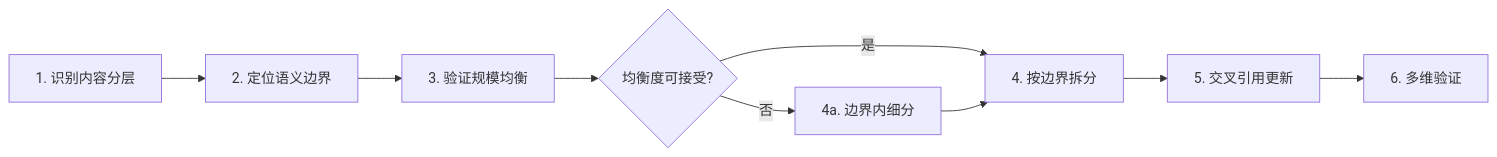
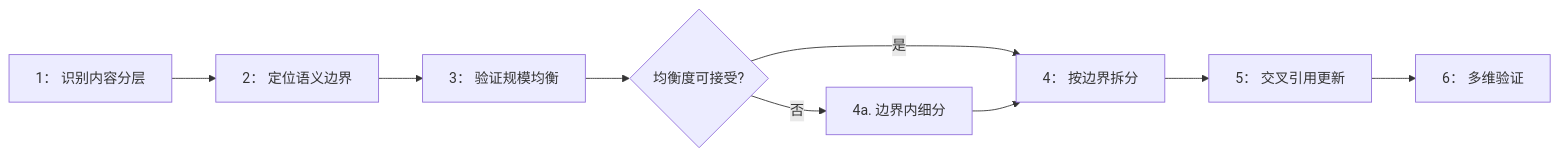
The diagram in docs/retrospective/reports/project-governance/retrospective-insights-reorg-20260626/insight-extraction.md (xinetzone/SpecWeave), drawn with Mermaid before and after one commit. The commit also changed 79 other files, not shown here.

````diff
--- a/docs/retrospective/reports/project-governance/retrospective-insights-reorg-20260626/insight-extraction.md
+++ b/docs/retrospective/reports/project-governance/retrospective-insights-reorg-20260626/insight-extraction.md
@@ -229,11 +229,11 @@
 ```mermaid
 flowchart LR
-    S1["1. 识别内容分层"] --> S2["2. 定位语义边界"]
-    S2 --> S3["3. 验证规模均衡"]
+    S1["1： 识别内容分层"] --> S2["2： 定位语义边界"]
+    S2 --> S3["3： 验证规模均衡"]
     S3 --> S4{"均衡度可接受?"}
-    S4 -->|是| S5["4. 按边界拆分"]
-    S4 -->|否| S6["4a. 边界内细分"]
+    S4 -->|"是"| S5["4： 按边界拆分"]
+    S4 -->|"否"| S6["4a. 边界内细分"]
     S6 --> S5
-    S5 --> S7["5. 交叉引用更新"]
-    S7 --> S8["6. 多维验证"]
+    S5 --> S7["5： 交叉引用更新"]
+    S7 --> S8["6： 多维验证"]
 ```
````
